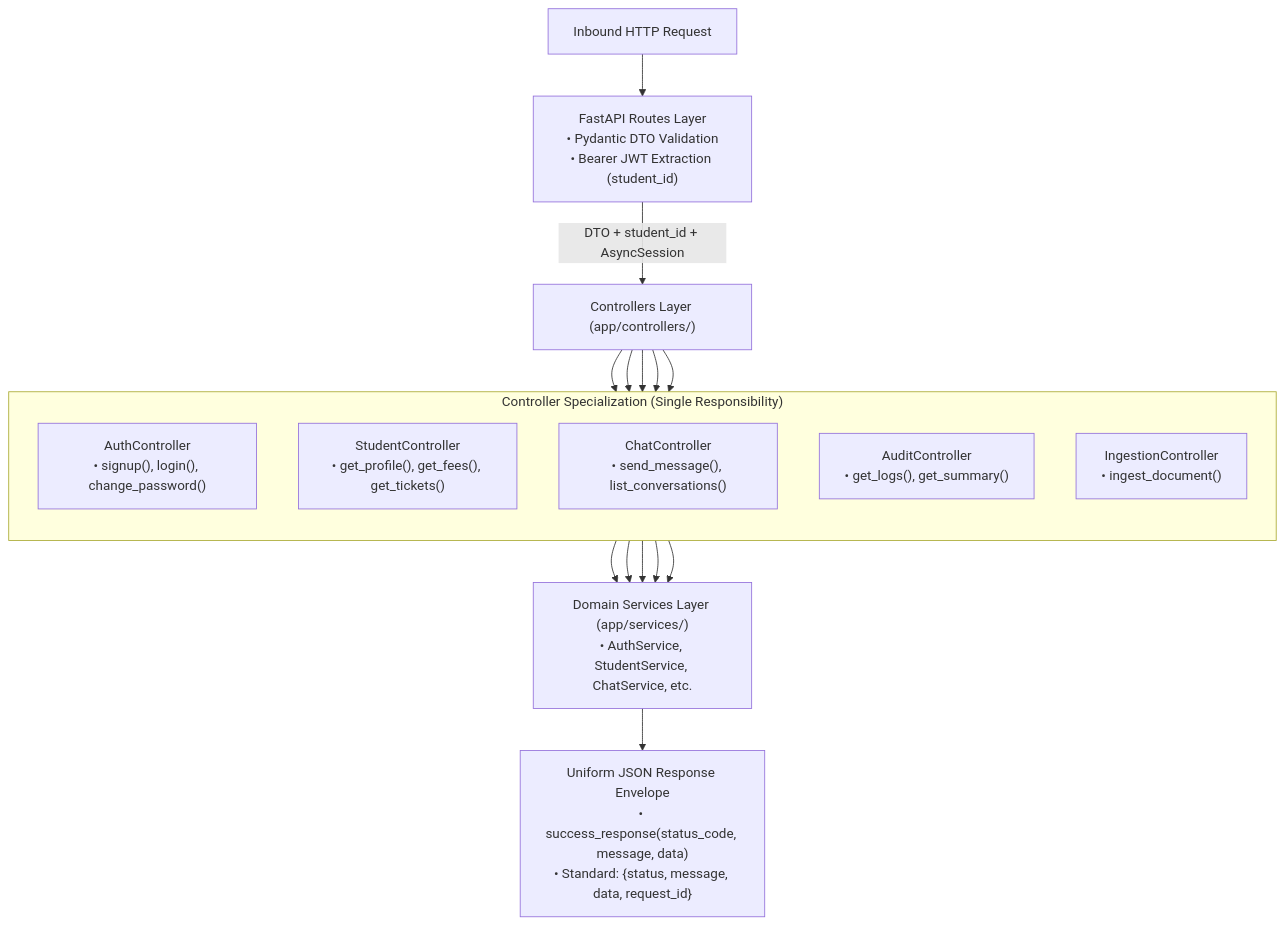
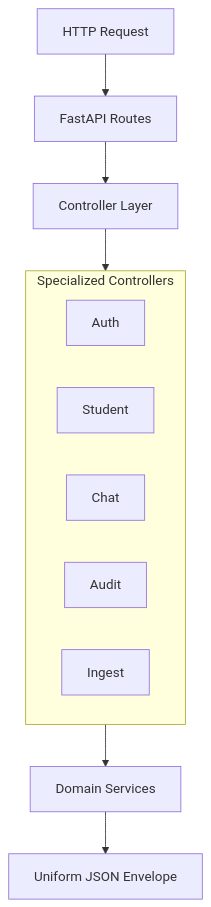
Before and after one commit to nakul-cloud/Intelligent_Student_Support_Agent: the diagram in Intelligent_Student_Support_Agent/app/controllers/README.md, drawn with Mermaid. The commit also changed 28 other files, not shown here.

Commit message:
feat: add Intelligent Student Support Agent backend with RAG and chat controllers

````diff
--- a/Intelligent_Student_Support_Agent/app/controllers/README.md
+++ b/Intelligent_Student_Support_Agent/app/controllers/README.md
@@ -9,28 +9,18 @@
 ```mermaid
 flowchart TD
-    Req["Inbound HTTP Request"] --> Routes["FastAPI Routes Layer<br/>• Pydantic DTO Validation<br/>• Bearer JWT Extraction (student_id)"]
-    Routes -->|"DTO + student_id + AsyncSession"| Controllers["Controllers Layer (app/controllers/)"]
+    Req["HTTP Request"] --> Routes["FastAPI Routes"]
+    Routes --> Controllers["Controller Layer"]
 
-    subgraph ControllersGroup["Controller Specialization (Single Responsibility)"]
-        direction TB
-        AuthCtrl["AuthController<br/>• signup(), login(), change_password()"]
-        StudentCtrl["StudentController<br/>• get_profile(), get_fees(), get_tickets()"]
-        ChatCtrl["ChatController<br/>• send_message(), list_conversations()"]
-        AuditCtrl["AuditController<br/>• get_logs(), get_summary()"]
-        IngestCtrl["IngestionController<br/>• ingest_document()"]
+    subgraph Handlers["Specialized Controllers"]
+        direction LR
+        Auth["Auth"]
+        Student["Student"]
+        Chat["Chat"]
+        Audit["Audit"]
+        Ingest["Ingest"]
     end
 
-    Controllers --> AuthCtrl
-    Controllers --> StudentCtrl
-    Controllers --> ChatCtrl
-    Controllers --> AuditCtrl
-    Controllers --> IngestCtrl
-
-    AuthCtrl --> Services["Domain Services Layer (app/services/)<br/>• AuthService, StudentService, ChatService, etc."]
-    StudentCtrl --> Services
-    ChatCtrl --> Services
-    AuditCtrl --> Services
-    IngestCtrl --> Services
-
-    Services --> Envelope["Uniform JSON Response Envelope<br/>• success_response(status_code, message, data)<br/>• Standard: {status, message, data, request_id}"]
+    Controllers --> Handlers
+    Handlers --> Services["Domain Services"]
+    Services --> Envelope["Uniform JSON Envelope"]
 ```
````
